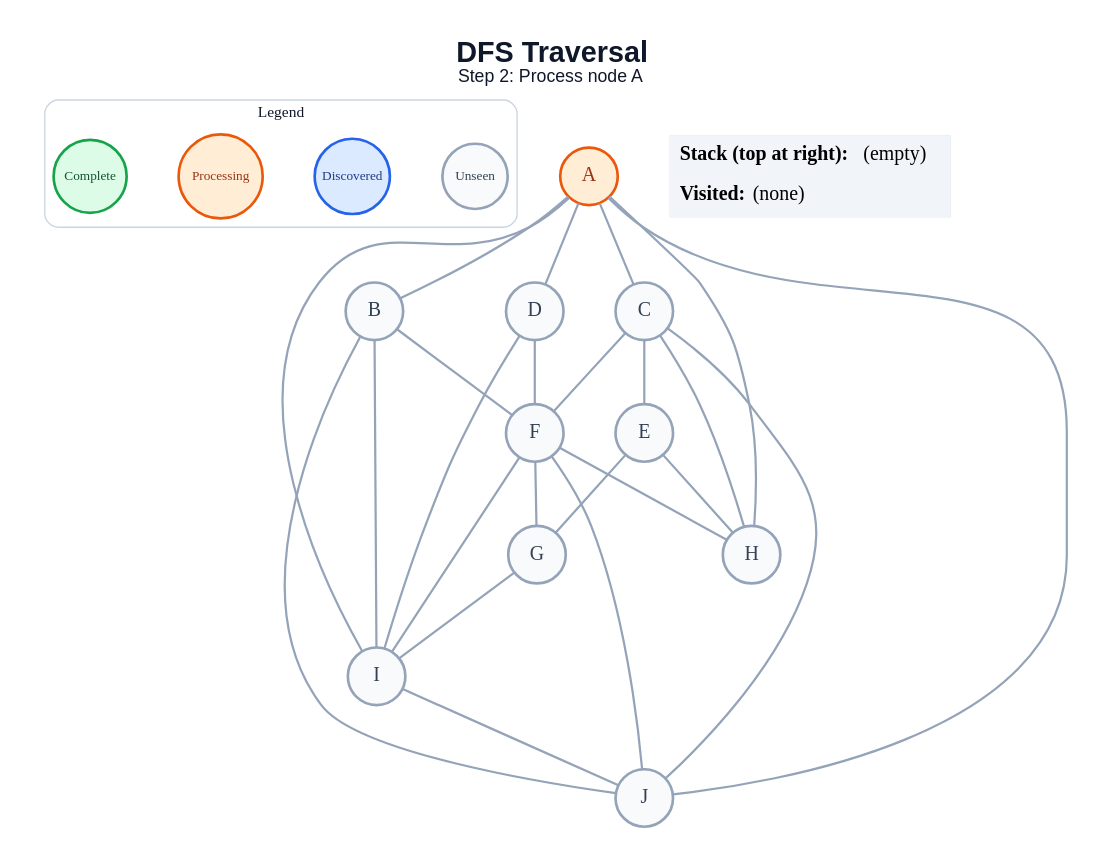
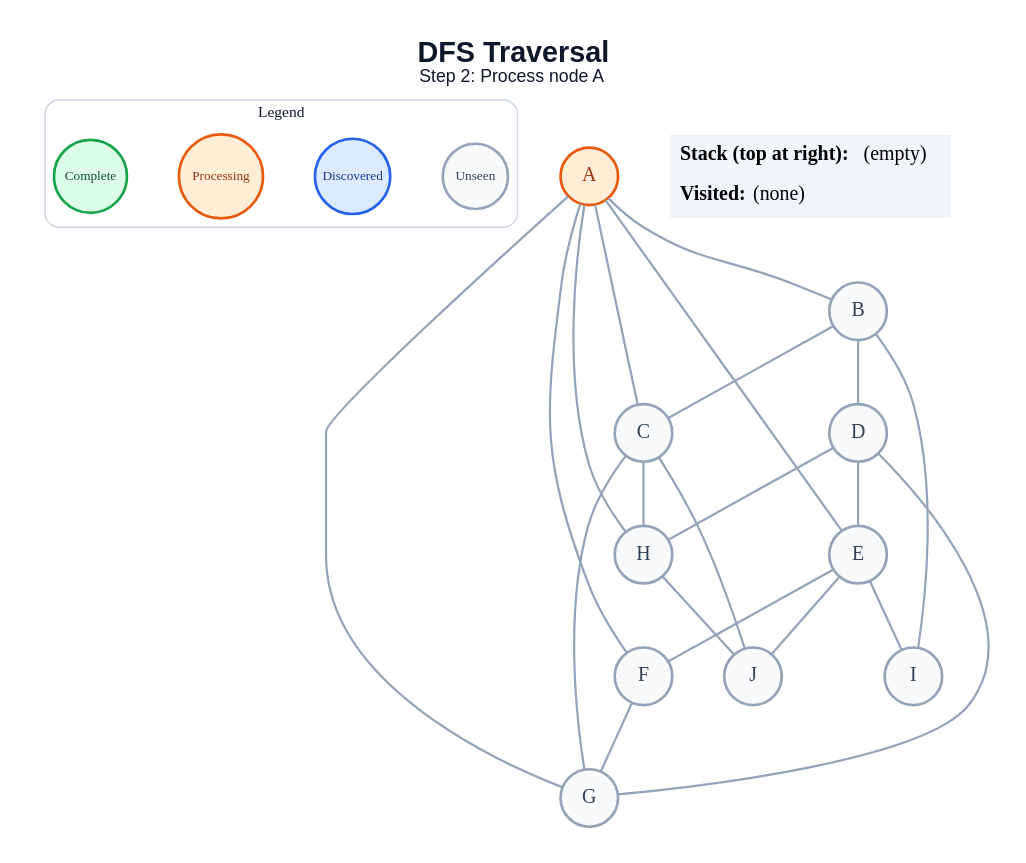
One commit to amanghodawala9/ai-slop changed the diagram in generated/dfs/step_02.dot. Above: the diagram before and after it, drawn with Graphviz. The commit also changed 178 other files, not shown here.

```diff
--- a/generated/dfs/step_02.dot
+++ b/generated/dfs/step_02.dot
@@ -1,52 +1,49 @@
 graph traversal {
   graph [layout=dot, rankdir=TB, bgcolor="#FFFFFF", pad="0.35", nodesep="0.65", ranksep="0.8", fontname="Arial"];
   node [shape=circle, style="filled", fontname="Arial Bold", fontsize=18, width=0.72, fixedsize=true, penwidth=2.4];
   edge [color="#94A3B8", penwidth=2.0];
   label=<<B>DFS Traversal</B><BR/><FONT POINT-SIZE="16">Step 2: Process node A</FONT>>; labelloc="t"; fontsize=26; fontname="Arial"; fontcolor="#0F172A";
   subgraph cluster_legend { label="Legend"; color="#CBD5E1"; penwidth=1.2; style="rounded"; fontsize=14; fontname="Arial Bold";
     key_unseen [label="Unseen", fillcolor="#F8FAFC", color="#94A3B8", fontcolor="#334155", fontsize=12, width=0.82];
     key_frontier [label="Discovered", fillcolor="#DBEAFE", color="#2563EB", fontcolor="#1E3A8A", fontsize=12, width=0.95];
     key_current [label="Processing", fillcolor="#FFEDD5", color="#EA580C", fontcolor="#9A3412", fontsize=12, width=1.05];
     key_done [label="Complete", fillcolor="#DCFCE7", color="#16A34A", fontcolor="#14532D", fontsize=12, width=0.92];
     { rank=same; key_unseen; key_frontier; key_current; key_done; }
   }
   A [fillcolor="#FFEDD5", color="#EA580C", fontcolor="#9A3412"];
   B [fillcolor="#F8FAFC", color="#94A3B8", fontcolor="#334155"];
   C [fillcolor="#F8FAFC", color="#94A3B8", fontcolor="#334155"];
   D [fillcolor="#F8FAFC", color="#94A3B8", fontcolor="#334155"];
   E [fillcolor="#F8FAFC", color="#94A3B8", fontcolor="#334155"];
   F [fillcolor="#F8FAFC", color="#94A3B8", fontcolor="#334155"];
   G [fillcolor="#F8FAFC", color="#94A3B8", fontcolor="#334155"];
   H [fillcolor="#F8FAFC", color="#94A3B8", fontcolor="#334155"];
   I [fillcolor="#F8FAFC", color="#94A3B8", fontcolor="#334155"];
   J [fillcolor="#F8FAFC", color="#94A3B8", fontcolor="#334155"];
   A -- B;
   A -- C;
-  A -- D;
+  A -- E;
+  A -- F;
+  A -- G;
   A -- H;
-  A -- I;
-  A -- J;
-  B -- F;
+  B -- C;
+  B -- D;
   B -- I;
-  B -- J;
-  C -- E;
-  C -- F;
+  C -- G;
   C -- H;
   C -- J;
-  D -- F;
-  D -- I;
-  E -- G;
-  E -- H;
+  D -- E;
+  D -- G;
+  D -- H;
+  E -- F;
+  E -- I;
+  E -- J;
   F -- G;
-  F -- H;
-  F -- I;
-  F -- J;
-  G -- I;
-  I -- J;
+  H -- J;
   status [shape=plain, fixedsize=false, width=0, height=0, margin=0, label=<
     <TABLE BORDER="0" CELLBORDER="0" CELLPADDING="7" BGCOLOR="#F1F5F9">
       <TR><TD ALIGN="LEFT"><B>Stack (top at right):</B> (empty)</TD></TR>
       <TR><TD ALIGN="LEFT"><B>Visited:</B> (none)</TD></TR>
     </TABLE>
   >];
 }
```
